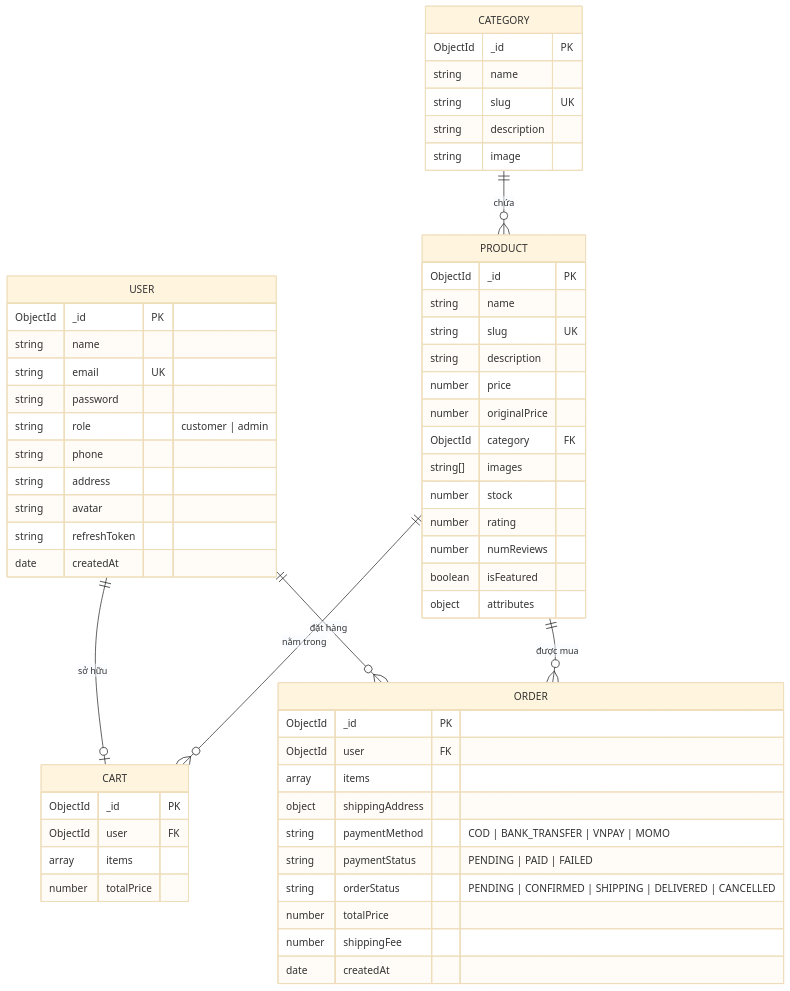
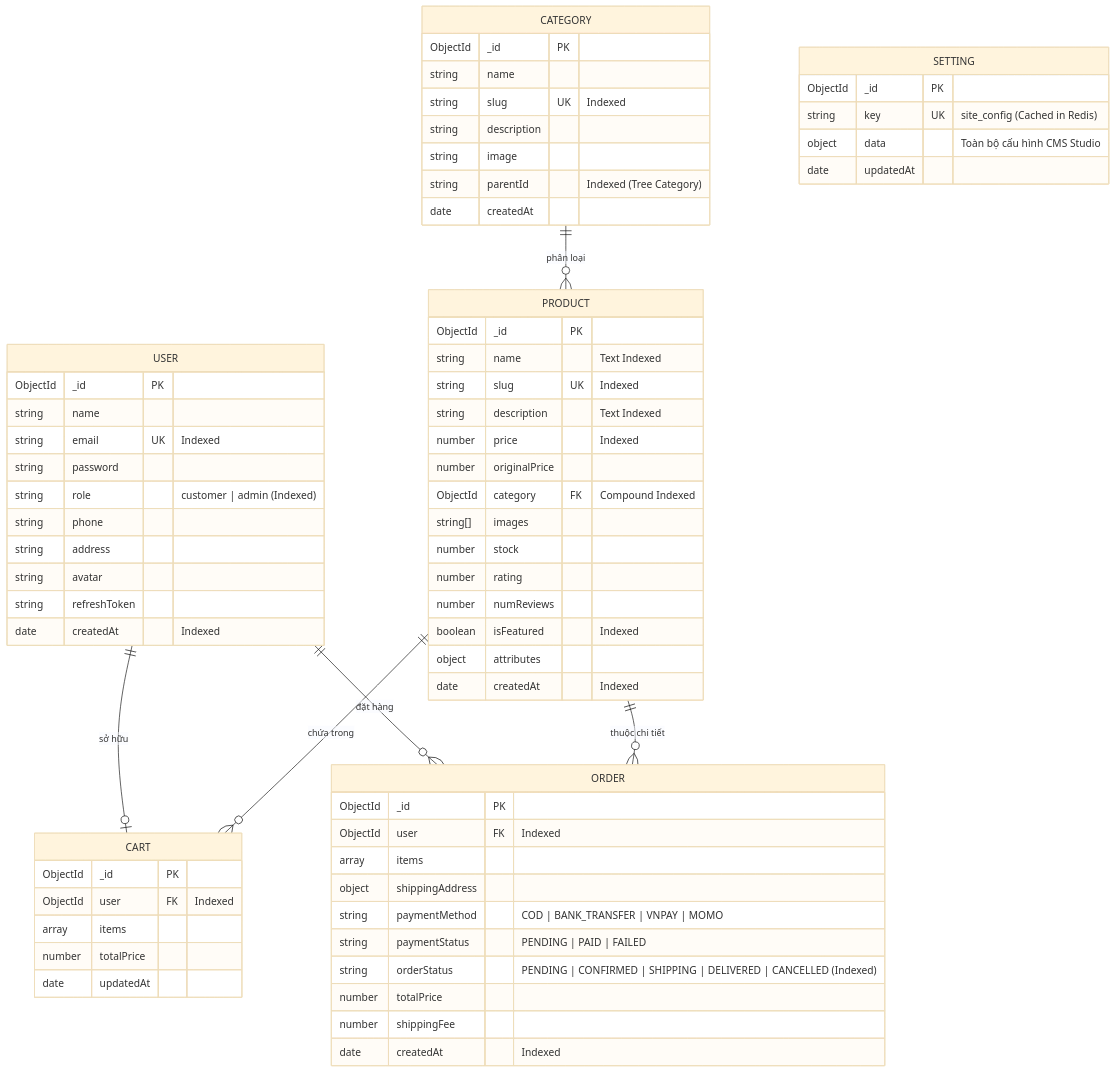
One commit to manhtuan28/AshaShop changed the second of 2 diagrams in README.md. Above: the diagram before and after it, drawn with Mermaid (base theme). The commit also changed other lines of this file and 60 other files, not shown here.

Commit message:
feat(system): full multilingual support, modular CMS studio, subcategories tree, custom product sections, database optimization and comprehensive documentation

````diff
--- a/README.md
+++ b/README.md
@@ -74,65 +120,76 @@
 ```mermaid
 erDiagram
     USER {
         ObjectId _id PK
         string name
-        string email UK
+        string email UK "Indexed"
         string password
-        string role "customer | admin"
+        string role "customer | admin (Indexed)"
         string phone
         string address
         string avatar
         string refreshToken
-        date createdAt
+        date createdAt "Indexed"
     }
 
     CATEGORY {
         ObjectId _id PK
         string name
-        string slug UK
+        string slug UK "Indexed"
         string description
         string image
+        string parentId "Indexed (Tree Category)"
+        date createdAt
     }
 
     PRODUCT {
         ObjectId _id PK
-        string name
-        string slug UK
-        string description
-        number price
+        string name "Text Indexed"
+        string slug UK "Indexed"
+        string description "Text Indexed"
+        number price "Indexed"
         number originalPrice
-        ObjectId category FK
+        ObjectId category FK "Compound Indexed"
         string[] images
         number stock
         number rating
         number numReviews
-        boolean isFeatured
+        boolean isFeatured "Indexed"
         object attributes
+        date createdAt "Indexed"
     }
 
     CART {
         ObjectId _id PK
-        ObjectId user FK
+        ObjectId user FK "Indexed"
         array items
         number totalPrice
+        date updatedAt
     }
 
     ORDER {
         ObjectId _id PK
-        ObjectId user FK
+        ObjectId user FK "Indexed"
         array items
         object shippingAddress
         string paymentMethod "COD | BANK_TRANSFER | VNPAY | MOMO"
         string paymentStatus "PENDING | PAID | FAILED"
-        string orderStatus "PENDING | CONFIRMED | SHIPPING | DELIVERED | CANCELLED"
+        string orderStatus "PENDING | CONFIRMED | SHIPPING | DELIVERED | CANCELLED (Indexed)"
         number totalPrice
         number shippingFee
-        date createdAt
+        date createdAt "Indexed"
+    }
+
+    SETTING {
+        ObjectId _id PK
+        string key UK "site_config (Cached in Redis)"
+        object data "Toàn bộ cấu hình CMS Studio"
+        date updatedAt
     }
 
     USER ||--o{ ORDER : "đặt hàng"
     USER ||--o| CART : "sở hữu"
-    CATEGORY ||--o{ PRODUCT : "chứa"
-    PRODUCT ||--o{ CART : "nằm trong"
-    PRODUCT ||--o{ ORDER : "được mua"
+    CATEGORY ||--o{ PRODUCT : "phân loại"
+    PRODUCT ||--o{ CART : "chứa trong"
+    PRODUCT ||--o{ ORDER : "thuộc chi tiết"
 ```
````
